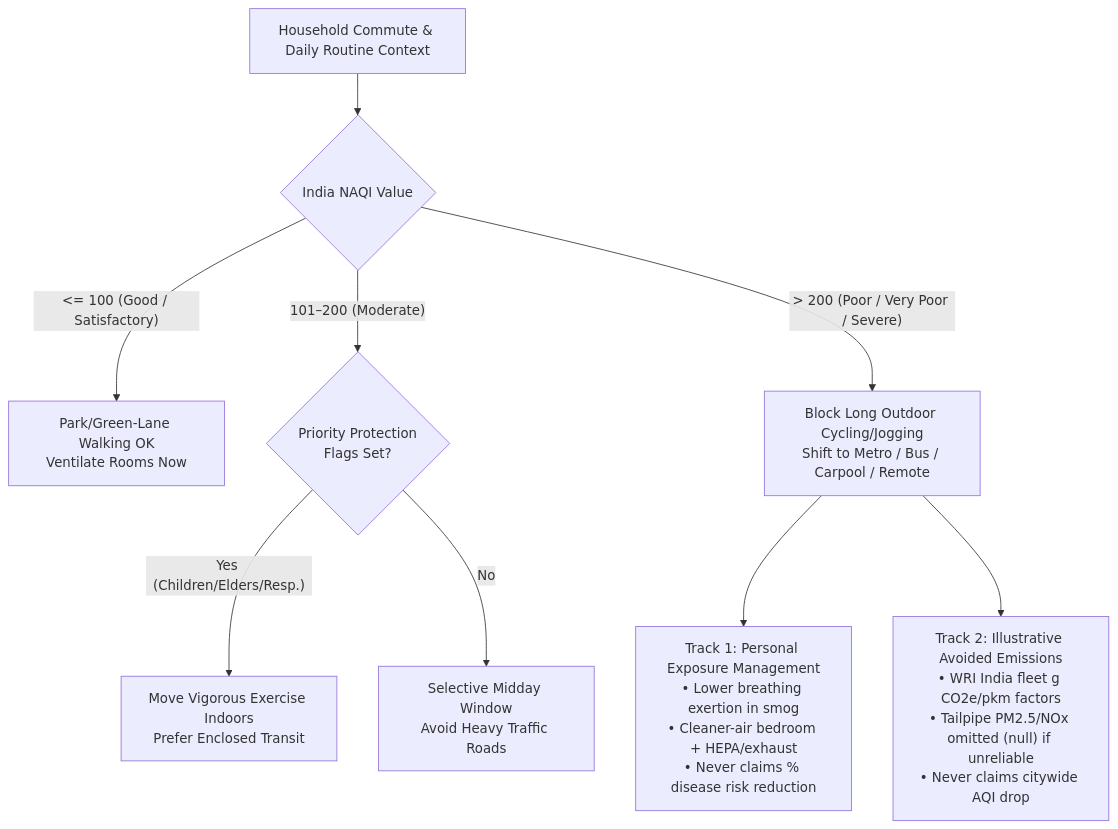
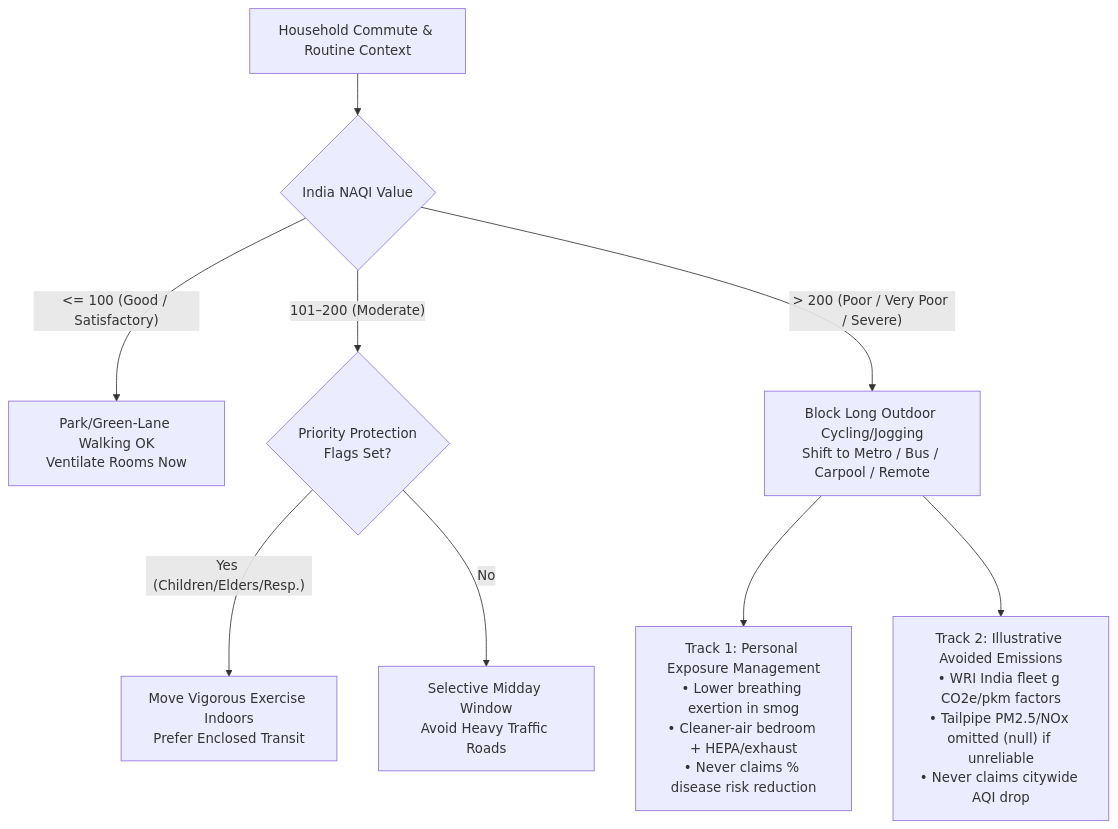
Before and after one commit to SuBhAm6G/Challenge-6: the fourth of 5 diagrams in README.md, drawn with Mermaid. The commit also changed other lines of this file and 85 other files, not shown here.

````diff
--- a/README.md
+++ b/README.md
@@ -165,12 +181,12 @@
 ```mermaid
 flowchart TD
-    USER["Household Commute & Daily Routine Context"] --> NAQI{"India NAQI Value"}
+    USER["Household Commute & Routine Context"] --> NAQI{"India NAQI Value"}
     NAQI -->|"<= 100 (Good / Satisfactory)"| CLEAN["Park/Green-Lane Walking OK<br/>Ventilate Rooms Now"]
     NAQI -->|"101–200 (Moderate)"| MOD{"Priority Protection<br/>Flags Set?"}
     MOD -->|"Yes (Children/Elders/Resp.)"| SHIFT["Move Vigorous Exercise Indoors<br/>Prefer Enclosed Transit"]
     MOD -->|"No"| SELECTIVE["Selective Midday Window<br/>Avoid Heavy Traffic Roads"]
     NAQI -->|"> 200 (Poor / Very Poor / Severe)"| HIGH["Block Long Outdoor Cycling/Jogging<br/>Shift to Metro / Bus / Carpool / Remote"]
 
     HIGH --> EXP["Track 1: Personal Exposure Management<br/>• Lower breathing exertion in smog<br/>• Cleaner-air bedroom + HEPA/exhaust<br/>• Never claims % disease risk reduction"]
     HIGH --> EMI["Track 2: Illustrative Avoided Emissions<br/>• WRI India fleet g CO2e/pkm factors<br/>• Tailpipe PM2.5/NOx omitted (null) if unreliable<br/>• Never claims citywide AQI drop"]
 ```
````
